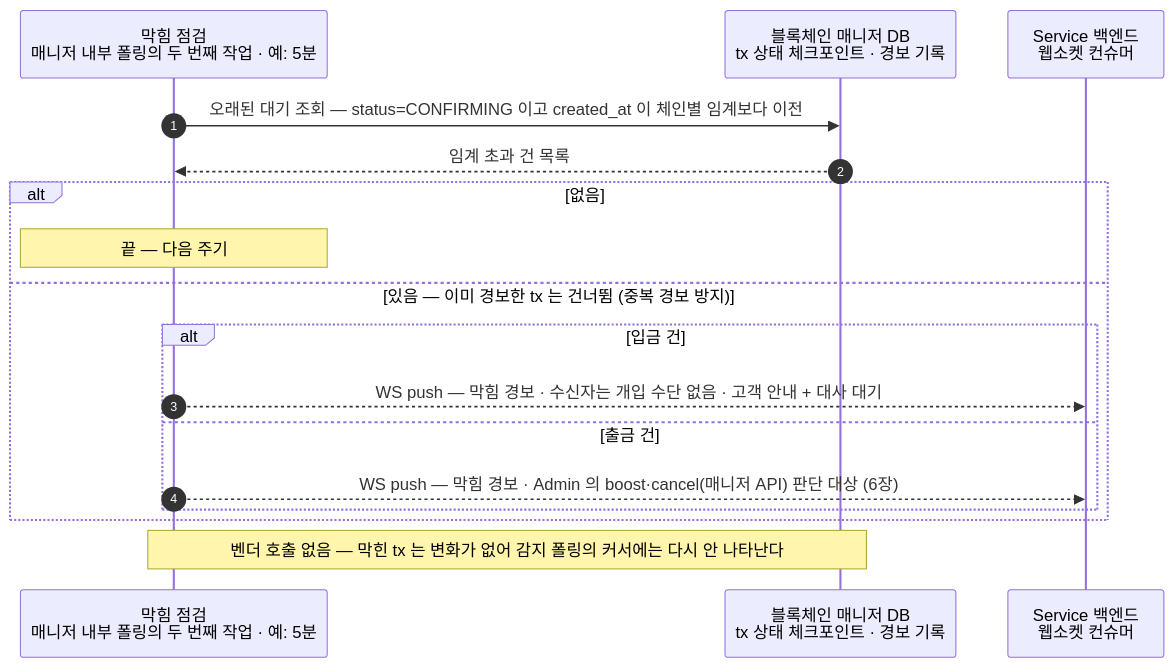
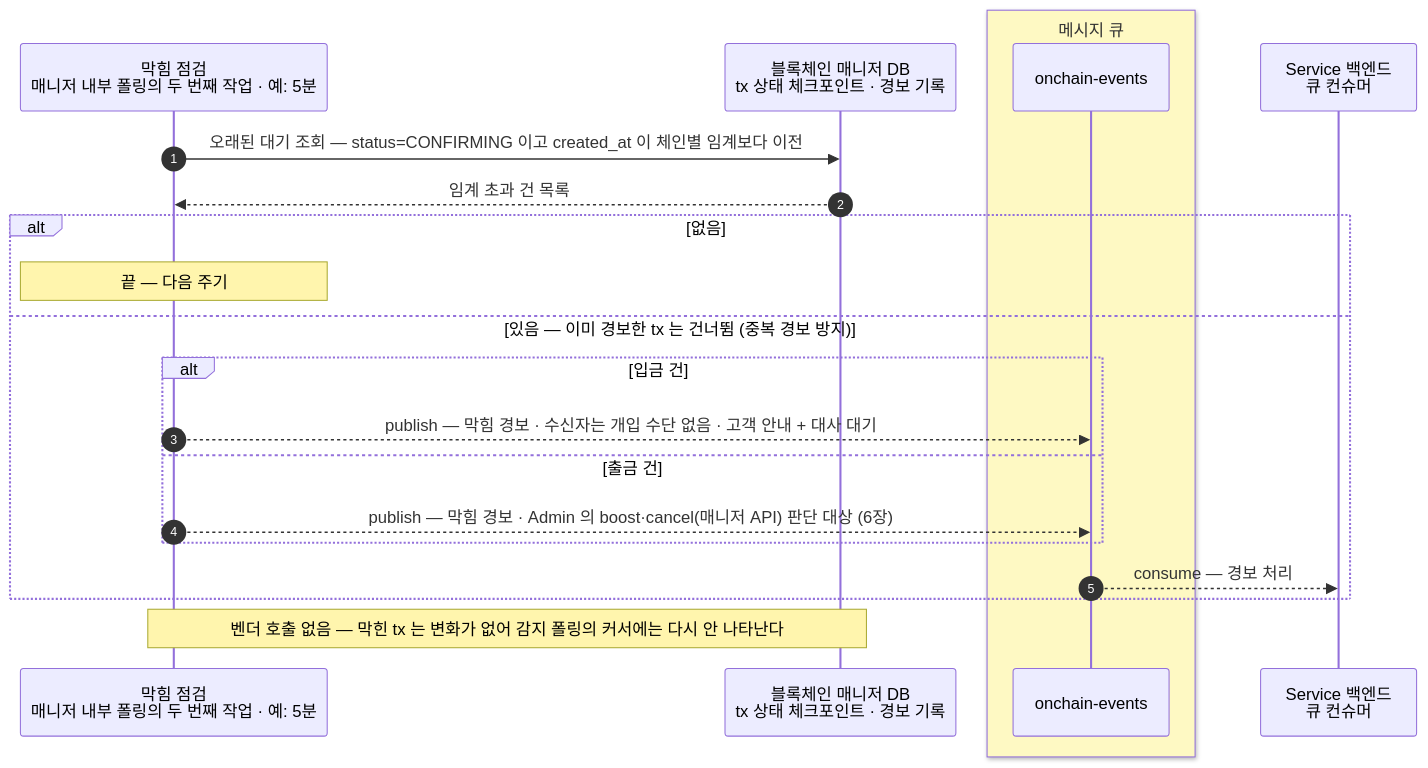
Before and after one commit to eunsujeo/eunpus: the second of 2 diagrams in blockchain-manager/docs/설계/04-detect-confirm.md, drawn with Mermaid. The commit also changed other lines of this file and 6 other files, not shown here.

First line of the commit message:
칸반 문서: 이벤트 채널 웹소켓 → 메시지 큐 전환

````diff
--- a/blockchain-manager/docs/설계/04-detect-confirm.md
+++ b/blockchain-manager/docs/설계/04-detect-confirm.md
@@ -97,20 +106,24 @@
 ```mermaid
 sequenceDiagram
     autonumber
     participant SW as 막힘 점검<br/>매니저 내부 폴링의 두 번째 작업 · 예: 5분
     participant MDB as 블록체인 매니저 DB<br/>tx 상태 체크포인트 · 경보 기록
-    participant BE as Service 백엔드<br/>웹소켓 컨슈머
+    box rgb(254,249,195) 메시지 큐
+    participant MQ as onchain-events
+    end
+    participant BE as Service 백엔드<br/>큐 컨슈머
 
     SW->>MDB: 오래된 대기 조회 — status=CONFIRMING 이고 created_at 이 체인별 임계보다 이전
     MDB-->>SW: 임계 초과 건 목록
     alt 없음
         Note over SW: 끝 — 다음 주기
     else 있음 — 이미 경보한 tx 는 건너뜀 (중복 경보 방지)
         alt 입금 건
-            SW-->>BE: WS push — 막힘 경보 · 수신자는 개입 수단 없음 · 고객 안내 + 대사 대기
+            SW-->>MQ: publish — 막힘 경보 · 수신자는 개입 수단 없음 · 고객 안내 + 대사 대기
         else 출금 건
-            SW-->>BE: WS push — 막힘 경보 · Admin 의 boost·cancel(매니저 API) 판단 대상 (6장)
+            SW-->>MQ: publish — 막힘 경보 · Admin 의 boost·cancel(매니저 API) 판단 대상 (6장)
         end
+        MQ-->>BE: consume — 경보 처리
     end
     Note over SW,MDB: 벤더 호출 없음 — 막힌 tx 는 변화가 없어 감지 폴링의 커서에는 다시 안 나타난다
 ```
````
